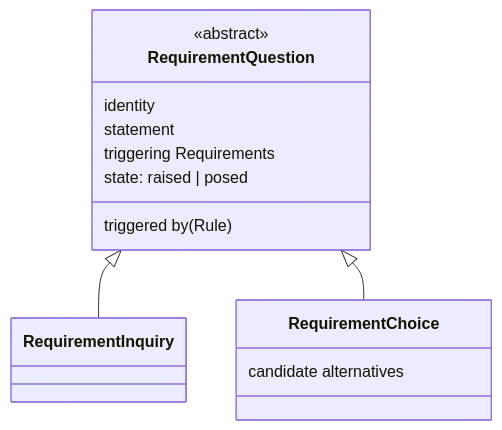
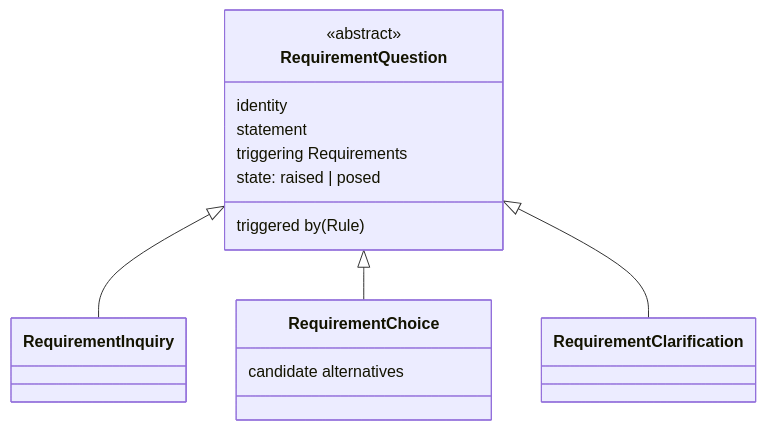
One commit to szantob/ProjectML changed the third of 3 diagrams in spec/02-requirement-analysis-model.md. Above: the diagram before and after it, drawn with Mermaid. The commit also changed other lines of this file, not shown here.

First line of the commit message:
Give every parameter's ask a question to raise: the clarification and the choice (K115-K122, K126)

````diff
--- a/spec/02-requirement-analysis-model.md
+++ b/spec/02-requirement-analysis-model.md
@@ -779,16 +775,17 @@
 ```mermaid
 classDiagram
     class RequirementQuestion {
         <<abstract>>
         identity
         statement
         triggered by (Rule)
         triggering Requirements
         state: raised | posed
     }
     class RequirementChoice {
         candidate alternatives
     }
     RequirementQuestion <|-- RequirementInquiry
     RequirementQuestion <|-- RequirementChoice
+    RequirementQuestion <|-- RequirementClarification
 ```
````
